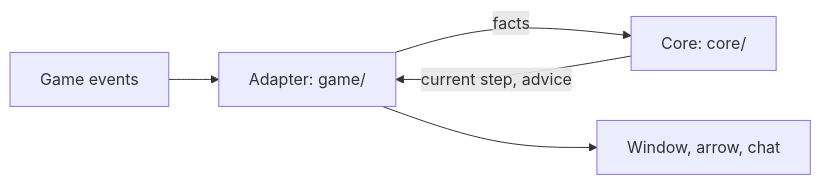
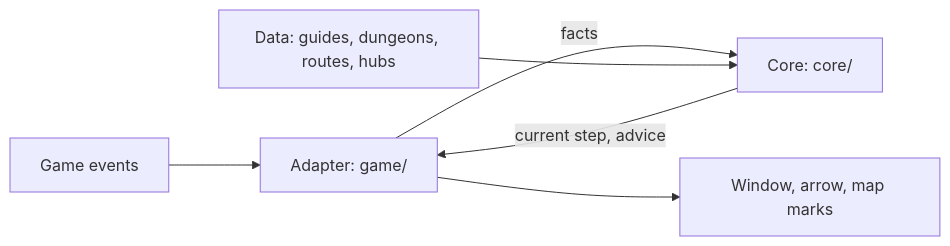
One commit to zxxdev/TrailMate changed the diagram in README.md. Above: the diagram before and after it, drawn with Mermaid. The commit also changed other lines of this file and 10 other files, not shown here.

````diff
--- a/README.md
+++ b/README.md
@@ -57,7 +76,8 @@
 ```mermaid
 flowchart LR
   E[Game events] --> A[Adapter: game/]
   A -->|facts| C[Core: core/]
+  D[Data: guides, dungeons, routes, hubs] --> C
   C -->|current step, advice| A
-  A --> U[Window, arrow, chat]
+  A --> U[Window, arrow, map marks]
 ```
````
